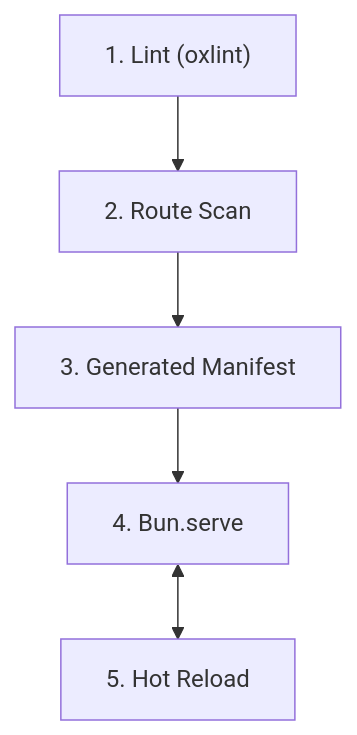
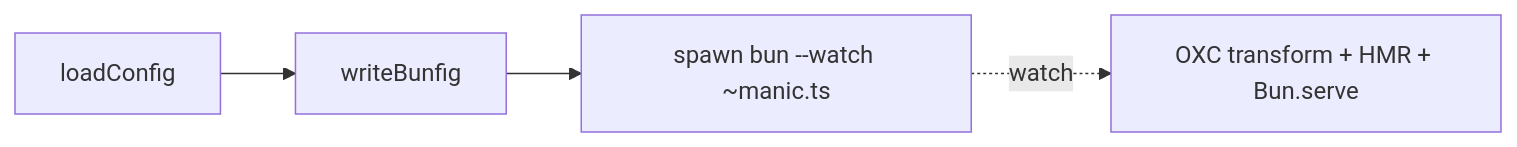
The second of 4 diagrams in content/docs/core/architecture.mdx (manic-js/docs), drawn with Mermaid before and after one commit. The commit also changed other lines of this file and 93 other files, not shown here.

````diff
--- a/content/docs/core/architecture.mdx
+++ b/content/docs/core/architecture.mdx
@@ -40,13 +40,8 @@
 ```mermaid
-graph TB
-    Lint["1. Lint (oxlint)"]
-    Discovery["2. Route Scan"]
-    Generate["3. Generated Manifest"]
-    Serve["4. Bun.serve"]
-    Watch["5. Hot Reload"]
-
-    Lint --> Discovery
-    Discovery --> Generate
-    Generate --> Serve
-    Serve <--> Watch
+graph LR
+  CFG["loadConfig"]
+  BF["writeBunfig"]
+  SP["spawn bun --watch ~manic.ts"]
+  CFG --> BF --> SP
+  SP -.->|"watch"| HOT["OXC transform + HMR + Bun.serve"]
 ```
````
